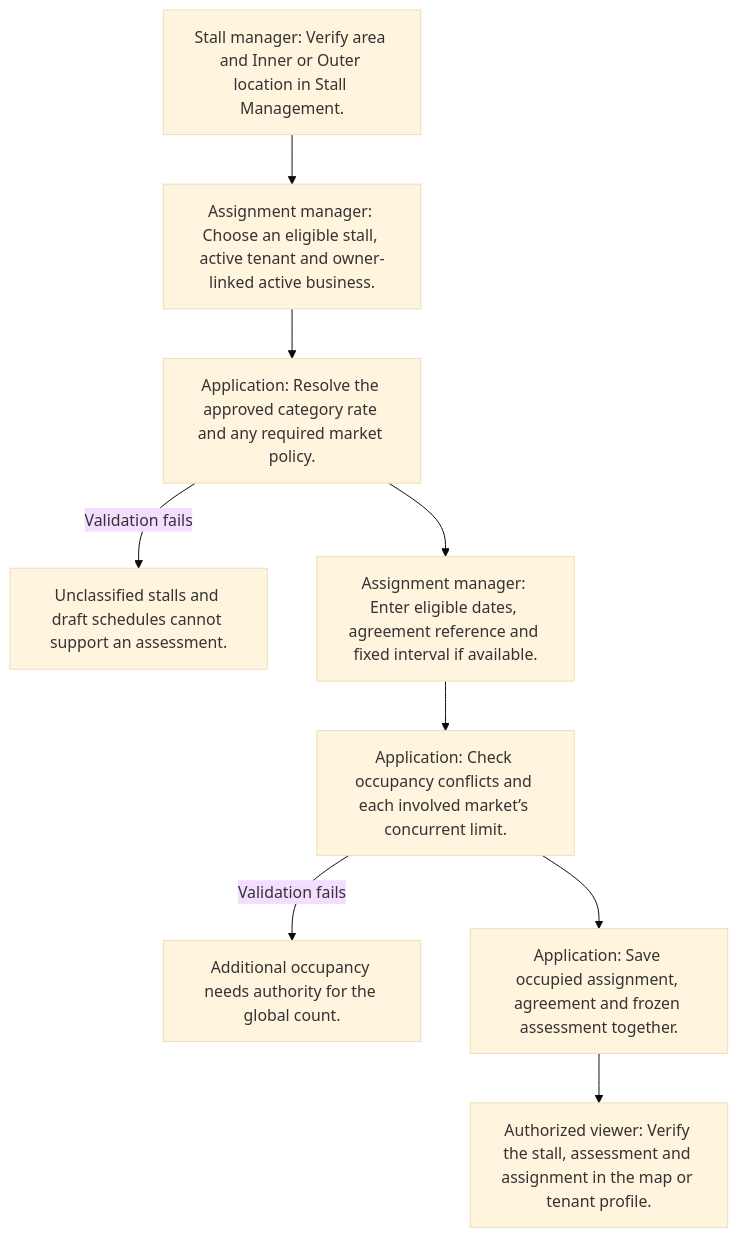
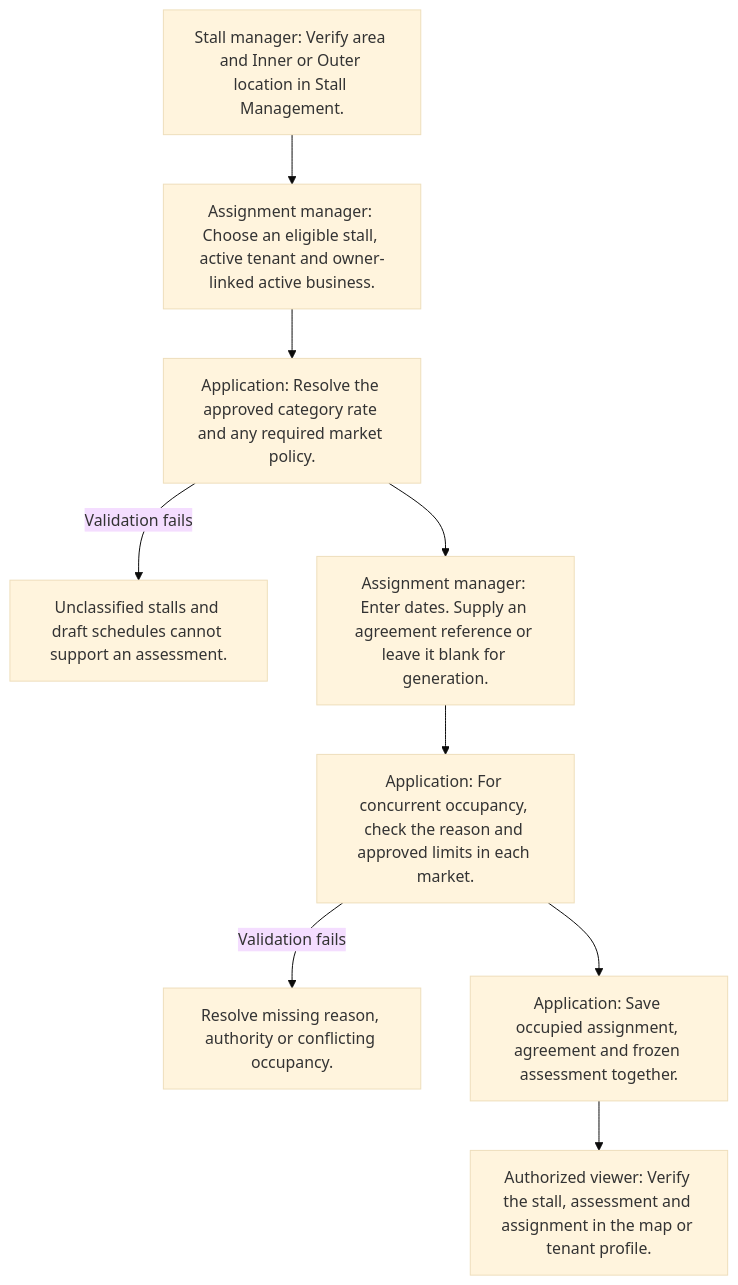
Before and after one commit to byte-vnz/markethub: the diagram in docs/user-manual/workflows/04-stall-assignment.mmd, drawn with Mermaid (base theme). The commit also changed 170 other files, not shown here.

```diff
--- a/docs/user-manual/workflows/04-stall-assignment.mmd
+++ b/docs/user-manual/workflows/04-stall-assignment.mmd
@@ -1,16 +1,16 @@
 flowchart TD
     N0["Stall manager: Verify area and Inner or Outer location in Stall Management."]
     N1["Assignment manager: Choose an eligible stall, active tenant and owner-linked active business."]
     N0 --> N1
     N2["Application: Resolve the approved category rate and any required market policy."]
     N1 --> N2
     N2 -->|Validation fails| F2["Unclassified stalls and draft schedules cannot support an assessment."]
-    N3["Assignment manager: Enter eligible dates, agreement reference and fixed interval if available."]
+    N3["Assignment manager: Enter dates. Supply an agreement reference or leave it blank for generation."]
     N2 --> N3
-    N4["Application: Check occupancy conflicts and each involved market’s concurrent limit."]
+    N4["Application: For concurrent occupancy, check the reason and approved limits in each market."]
     N3 --> N4
-    N4 -->|Validation fails| F4["Additional occupancy needs authority for the global count."]
+    N4 -->|Validation fails| F4["Resolve missing reason, authority or conflicting occupancy."]
     N5["Application: Save occupied assignment, agreement and frozen assessment together."]
     N4 --> N5
     N6["Authorized viewer: Verify the stall, assessment and assignment in the map or tenant profile."]
     N5 --> N6
```
